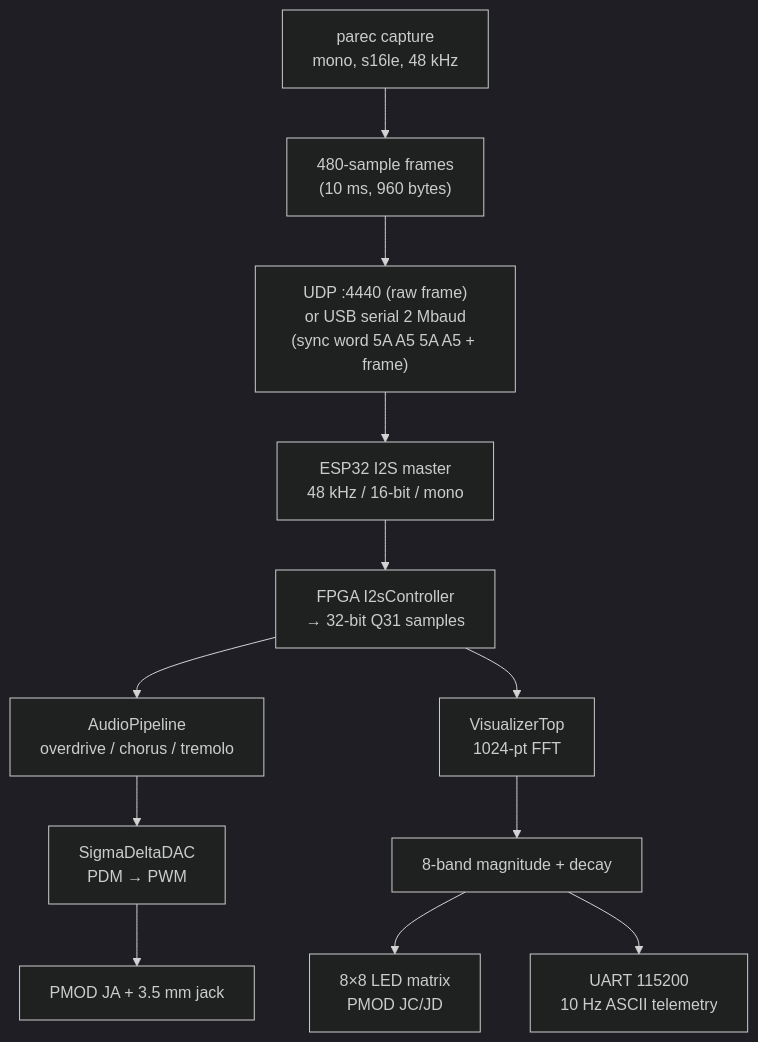
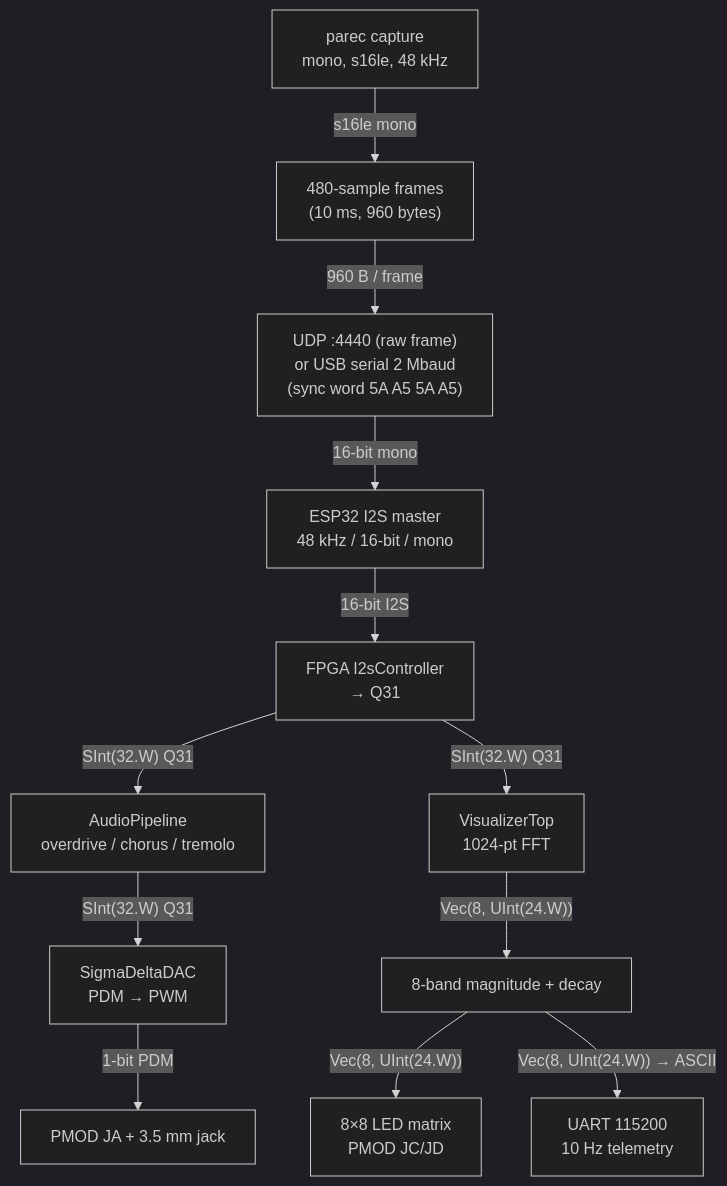
Before and after one commit to mairup/fpga-accelerated-audio-player: the diagram in diagrams/data-flow.md, drawn with Mermaid (dark theme). The commit also changed 4 other files, not shown here.

First line of the commit message:
diagrams: deterministic FPGA design-diagram generator + data types

````diff
--- a/diagrams/data-flow.md
+++ b/diagrams/data-flow.md
@@ -5,14 +5,14 @@
 ```mermaid
 flowchart TD
-  A["parec capture<br/>mono, s16le, 48 kHz"] --> B["480-sample frames<br/>(10 ms, 960 bytes)"]
-  B --> C["UDP :4440 (raw frame)<br/>or USB serial 2 Mbaud<br/>(sync word 5A A5 5A A5 + frame)"]
-  C --> D["ESP32 I2S master<br/>48 kHz / 16-bit / mono"]
-  D --> E["FPGA I2sController<br/>→ 32-bit Q31 samples"]
-  E --> F["AudioPipeline<br/>overdrive / chorus / tremolo"]
-  E --> G["VisualizerTop<br/>1024-pt FFT"]
-  F --> H["SigmaDeltaDAC<br/>PDM → PWM"]
-  G --> I["8-band magnitude + decay"]
-  H --> J["PMOD JA + 3.5 mm jack"]
-  I --> K["8×8 LED matrix<br/>PMOD JC/JD"]
-  I --> L["UART 115200<br/>10 Hz ASCII telemetry"]
+  A["parec capture<br/>mono, s16le, 48 kHz"] -- "s16le mono" --> B["480-sample frames<br/>(10 ms, 960 bytes)"]
+  B -- "960 B / frame" --> C["UDP :4440 (raw frame)<br/>or USB serial 2 Mbaud<br/>(sync word 5A A5 5A A5)"]
+  C -- "16-bit mono" --> D["ESP32 I2S master<br/>48 kHz / 16-bit / mono"]
+  D -- "16-bit I2S" --> E["FPGA I2sController<br/>→ Q31"]
+  E -- "SInt(32.W) Q31" --> F["AudioPipeline<br/>overdrive / chorus / tremolo"]
+  E -- "SInt(32.W) Q31" --> G["VisualizerTop<br/>1024-pt FFT"]
+  F -- "SInt(32.W) Q31" --> H["SigmaDeltaDAC<br/>PDM → PWM"]
+  G -- "Vec(8, UInt(24.W))" --> I["8-band magnitude + decay"]
+  H -- "1-bit PDM" --> J["PMOD JA + 3.5 mm jack"]
+  I -- "Vec(8, UInt(24.W))" --> K["8×8 LED matrix<br/>PMOD JC/JD"]
+  I -- "Vec(8, UInt(24.W)) → ASCII" --> L["UART 115200<br/>10 Hz telemetry"]
 ```
````
